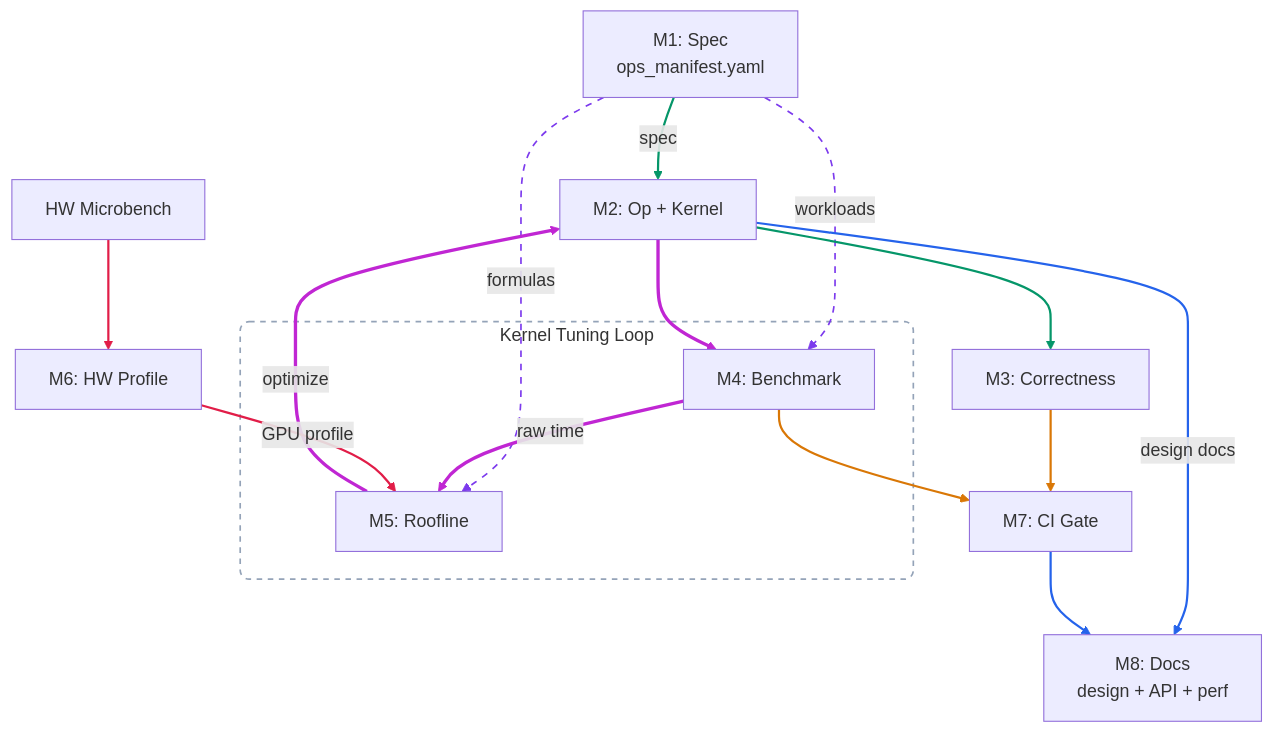
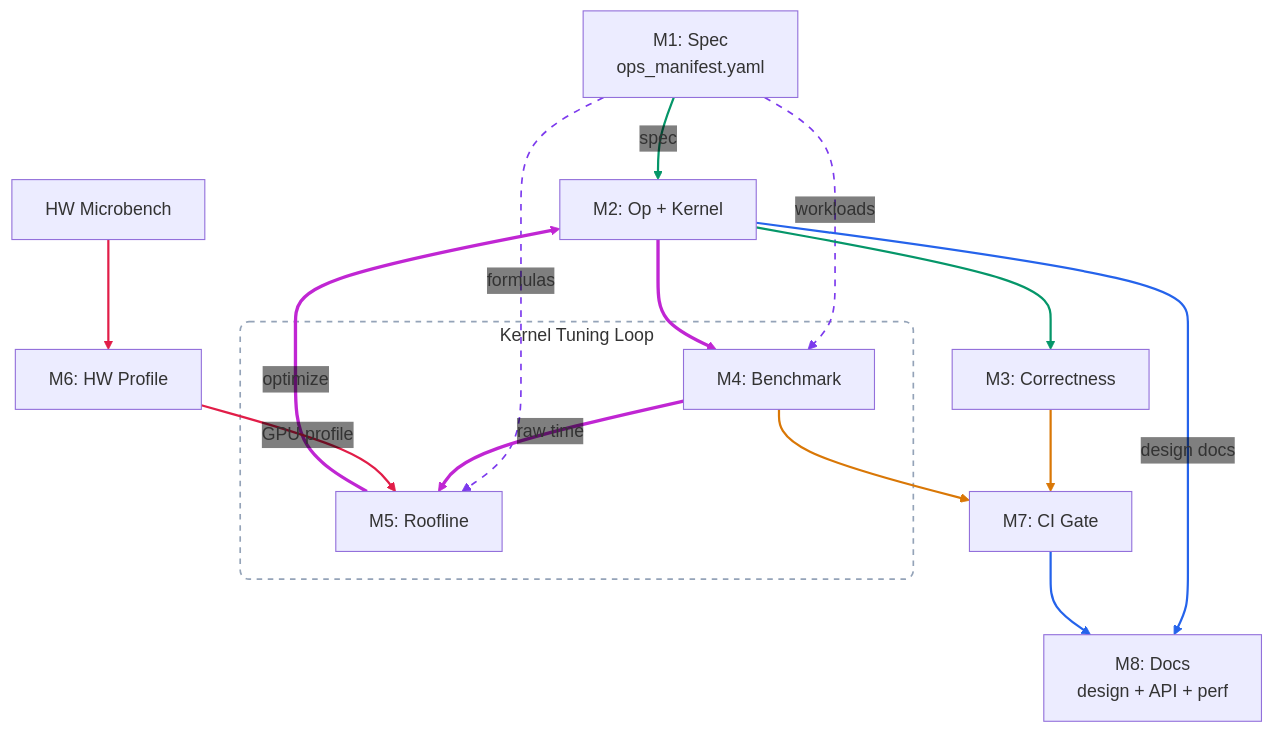
The diagram in docs/architecture.md (tile-ai/TileOPs), drawn with Mermaid before and after one commit.

Commit message:
[Doc] Enlarge arrows and smooth edges in topology diagram
Use arrowMarkerAbsolute and curve:basis for larger arrowheads
and smoother edge routing.

````diff
--- a/docs/architecture.md
+++ b/docs/architecture.md
@@ -13,43 +13,52 @@
 ```mermaid
+---
+config:
+  theme: default
+  themeVariables:
+    edgeLabelBackground: transparent
+  flowchart:
+    arrowMarkerAbsolute: true
+    curve: basis
+---
 graph TD
     M1["M1: Spec<br/>ops_manifest.yaml"]
     M2["M2: Op + Kernel"]
     M3["M3: Correctness"]
     M6["M6: HW Profile"]
     HW["HW Microbench"]
     M7["M7: CI Gate"]
     M8["M8: Docs<br/>design + API + perf"]
 
     subgraph loop ["Kernel Tuning Loop"]
         M4["M4: Benchmark"]
         M5["M5: Roofline"]
     end
 
     M1 -- "spec" --> M2
     M1 -- "workloads" --> M4
     M1 -- "formulas" --> M5
     M2 --> M3
 
     M2 --> M4
     M4 -- "raw time" --> M5
     M5 -- "optimize" --> M2
 
     HW --> M6
     M6 -- "GPU profile" --> M5
 
     M3 --> M7
     M4 --> M7
 
     M2 -- "design docs" --> M8
     M7 --> M8
 
     style loop fill:none,stroke:#94a3b8,stroke-width:1.5px,stroke-dasharray:5,rx:8,ry:8
 
     linkStyle 0 stroke:#059669,stroke-width:2px
     linkStyle 1,2 stroke:#7c3aed,stroke-width:1.5px,stroke-dasharray:6
     linkStyle 3 stroke:#059669,stroke-width:2px
     linkStyle 4,5,6 stroke:#c026d3,stroke-width:3px
     linkStyle 7,8 stroke:#e11d48,stroke-width:2px
     linkStyle 9,10 stroke:#d97706,stroke-width:2px
     linkStyle 11,12 stroke:#2563eb,stroke-width:2px
 ```
````
